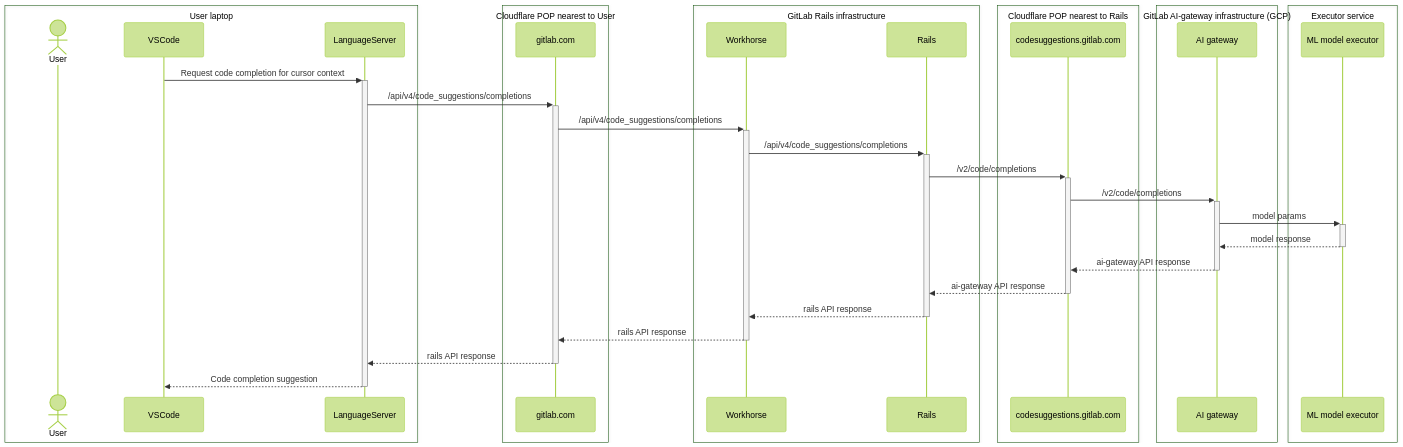
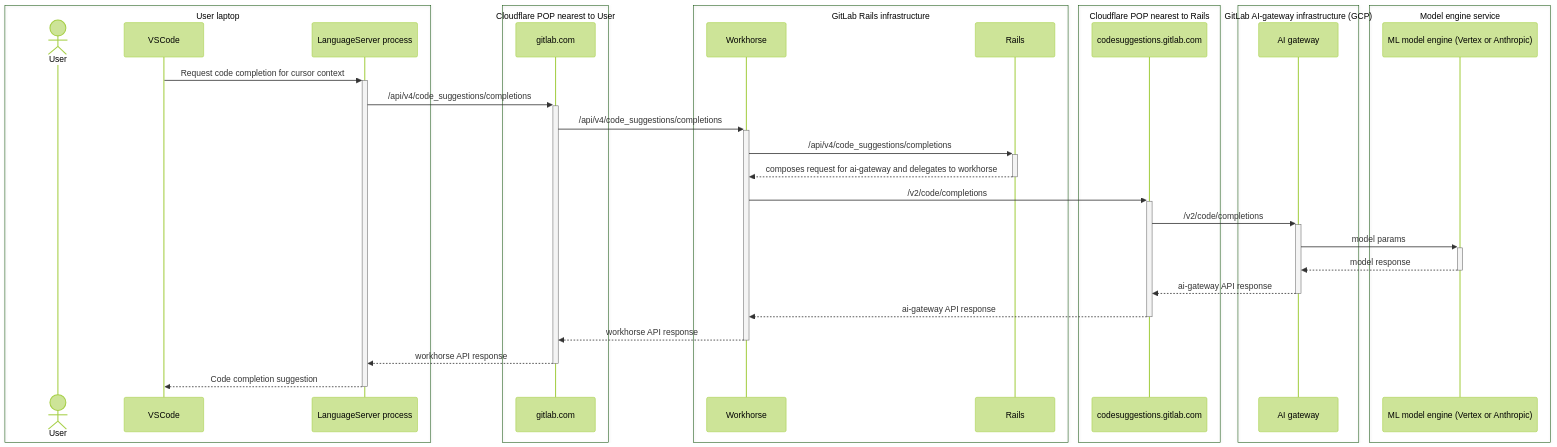
The diagram in docs/ai-gateway/README.md (mattrussi/gitlab-com-runbooks), drawn with Mermaid (forest theme) before and after one commit. The commit also changed other lines of this file, not shown here.

Commit message:
Update ai-gateway docs

````diff
--- a/docs/ai-gateway/README.md
+++ b/docs/ai-gateway/README.md
@@ -39,40 +39,42 @@
 ```mermaid
 sequenceDiagram
     box User laptop
     actor User
     participant IDE as VSCode
-    participant LS as LanguageServer
+    participant LS as LanguageServer process
     end
     box Cloudflare POP nearest to User
     participant CFGL as gitlab.com
     end
     box GitLab Rails infrastructure
     participant WH as Workhorse
     participant RB as Rails
     end
     box Cloudflare POP nearest to Rails
     participant CFCS as codesuggestions.gitlab.com
     end
     box GitLab AI-gateway infrastructure (GCP)
     participant GW as AI gateway
     end
-    box Executor service
-    participant ML as ML model executor
+    box Model engine service
+    participant ML as ML model engine (Vertex or Anthropic)
     end
 
     IDE ->>+ LS: Request code completion for cursor context
     LS ->>+ CFGL: /api/v4/code_suggestions/completions
     CFGL ->>+ WH: /api/v4/code_suggestions/completions
+
     WH ->>+ RB: /api/v4/code_suggestions/completions
-    RB ->>+ CFCS: /v2/code/completions
+    RB -->>- WH: composes request for ai-gateway and delegates to workhorse
+
+    WH ->>+ CFCS: /v2/code/completions
     CFCS ->>+ GW: /v2/code/completions
     GW ->>+ ML: model params
 
     ML -->>- GW: model response
     GW -->>- CFCS: ai-gateway API response
-    CFCS -->>- RB: ai-gateway API response
-    RB -->>- WH: rails API response
-    WH -->>- CFGL: rails API response
-    CFGL -->>- LS: rails API response
+    CFCS -->>- WH: ai-gateway API response
+    WH -->>- CFGL: workhorse API response
+    CFGL -->>- LS: workhorse API response
     LS -->>- IDE: Code completion suggestion
 ```
````
